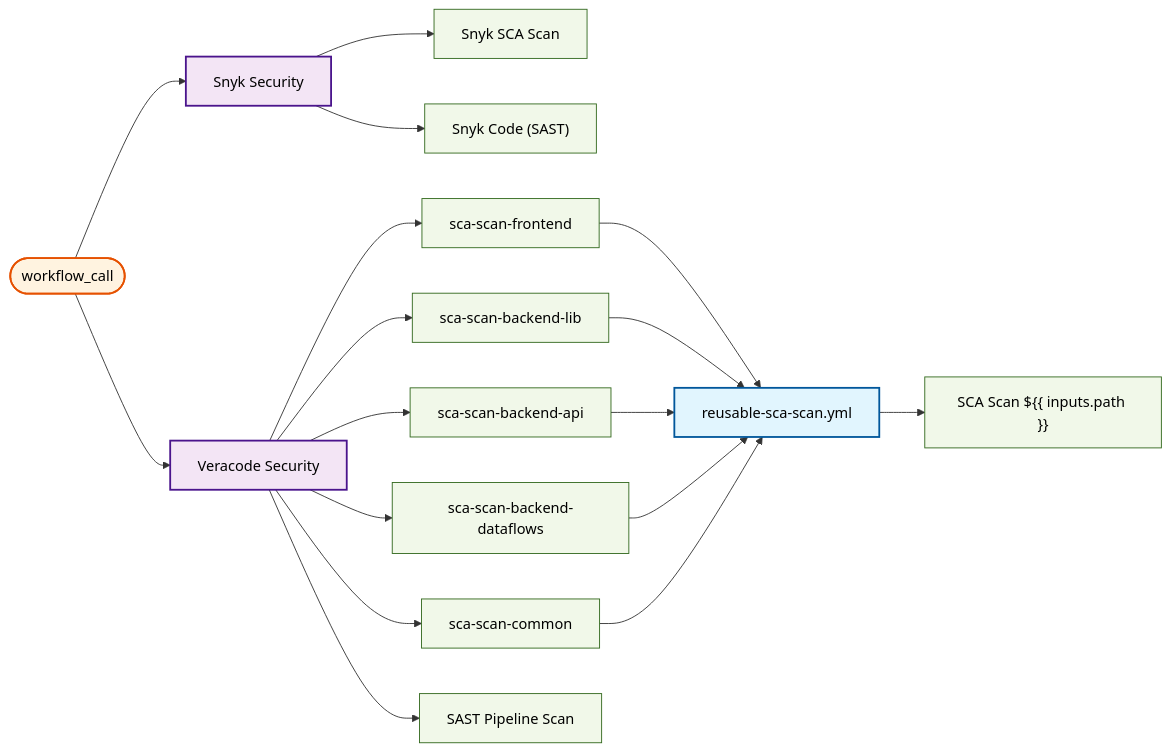
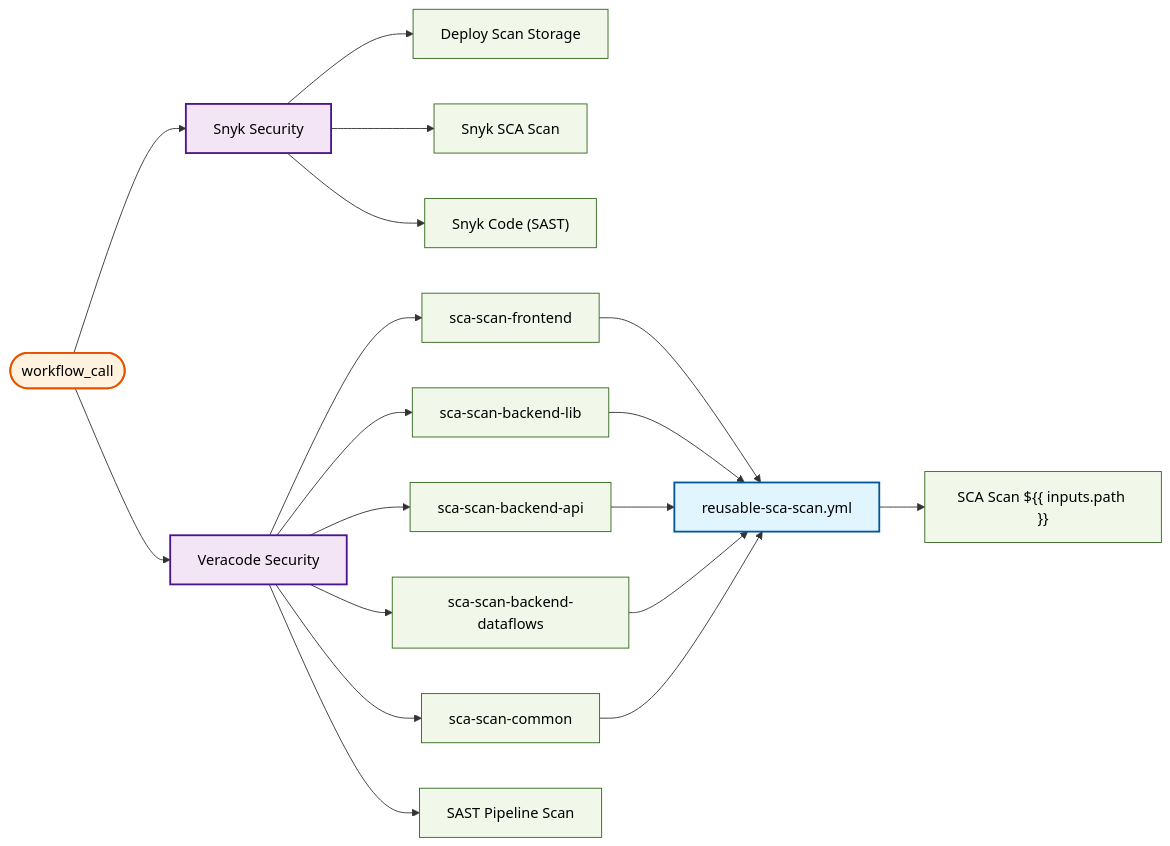
One commit to US-Trustee-Program/Bankruptcy-Oversight-Support-Systems changed the tenth of 22 diagrams in docs/operations/workflow-diagram.md. Above: the diagram before and after it, drawn with Mermaid. The commit also changed other lines of this file and 3 other files, not shown here.

First line of the commit message:
Add storage, SARIF sanitization to Snyk scan

````diff
--- a/docs/operations/workflow-diagram.md
+++ b/docs/operations/workflow-diagram.md
@@ -580,52 +583,55 @@
 ```mermaid
 flowchart LR
     trigger_workflow_call(["workflow_call"])
     sub_snyk_security_scan_yml["Snyk Security"]
+    sub_snyk_security_scan_yml_deploy_storage["Deploy Scan Storage"]
     sub_snyk_security_scan_yml_snyk_sca["Snyk SCA Scan"]
     sub_snyk_security_scan_yml_snyk_sast["Snyk Code (SAST)"]
     sub_security_scan_yml["Veracode Security"]
     sub_security_scan_yml_sca_scan_frontend["sca-scan-frontend"]
     reusable_sca_scan_yml["reusable-sca-scan.yml"]
     reusable_sca_scan_yml_sca_scan["SCA Scan ${{ inputs.path }}"]
     sub_security_scan_yml_sca_scan_backend_lib["sca-scan-backend-lib"]
     sub_security_scan_yml_sca_scan_backend_api["sca-scan-backend-api"]
     sub_security_scan_yml_sca_scan_backend_dataflows["sca-scan-backend-dataflows"]
     sub_security_scan_yml_sca_scan_common["sca-scan-common"]
     sub_security_scan_yml_sast_pipeline_scan["SAST Pipeline Scan"]
 
     trigger_workflow_call --> sub_snyk_security_scan_yml
+    sub_snyk_security_scan_yml --> sub_snyk_security_scan_yml_deploy_storage
     sub_snyk_security_scan_yml --> sub_snyk_security_scan_yml_snyk_sca
     sub_snyk_security_scan_yml --> sub_snyk_security_scan_yml_snyk_sast
     trigger_workflow_call --> sub_security_scan_yml
     sub_security_scan_yml --> sub_security_scan_yml_sca_scan_frontend
     reusable_sca_scan_yml --> reusable_sca_scan_yml_sca_scan
     sub_security_scan_yml_sca_scan_frontend --> reusable_sca_scan_yml
     sub_security_scan_yml --> sub_security_scan_yml_sca_scan_backend_lib
     sub_security_scan_yml_sca_scan_backend_lib --> reusable_sca_scan_yml
     sub_security_scan_yml --> sub_security_scan_yml_sca_scan_backend_api
     sub_security_scan_yml_sca_scan_backend_api --> reusable_sca_scan_yml
     sub_security_scan_yml --> sub_security_scan_yml_sca_scan_backend_dataflows
     sub_security_scan_yml_sca_scan_backend_dataflows --> reusable_sca_scan_yml
     sub_security_scan_yml --> sub_security_scan_yml_sca_scan_common
     sub_security_scan_yml_sca_scan_common --> reusable_sca_scan_yml
     sub_security_scan_yml --> sub_security_scan_yml_sast_pipeline_scan
 
     classDef reusable fill:#e1f5fe,stroke:#01579b,stroke-width:2px,color:#000000
     classDef mainWorkflow fill:#f3e5f5,stroke:#4a148c,stroke-width:2px,color:#000000
     classDef trigger fill:#fff3e0,stroke:#e65100,stroke-width:2px,color:#000000
     classDef job fill:#f1f8e9,stroke:#33691e,stroke-width:1px,color:#000000
 
     class trigger_workflow_call trigger
     class sub_snyk_security_scan_yml mainWorkflow
+    class sub_snyk_security_scan_yml_deploy_storage job
     class sub_snyk_security_scan_yml_snyk_sca job
     class sub_snyk_security_scan_yml_snyk_sast job
     class sub_security_scan_yml mainWorkflow
     class sub_security_scan_yml_sca_scan_frontend job
     class reusable_sca_scan_yml reusable
     class reusable_sca_scan_yml_sca_scan job
     class sub_security_scan_yml_sca_scan_backend_lib job
     class sub_security_scan_yml_sca_scan_backend_api job
     class sub_security_scan_yml_sca_scan_backend_dataflows job
     class sub_security_scan_yml_sca_scan_common job
     class sub_security_scan_yml_sast_pipeline_scan job
 ```
````
